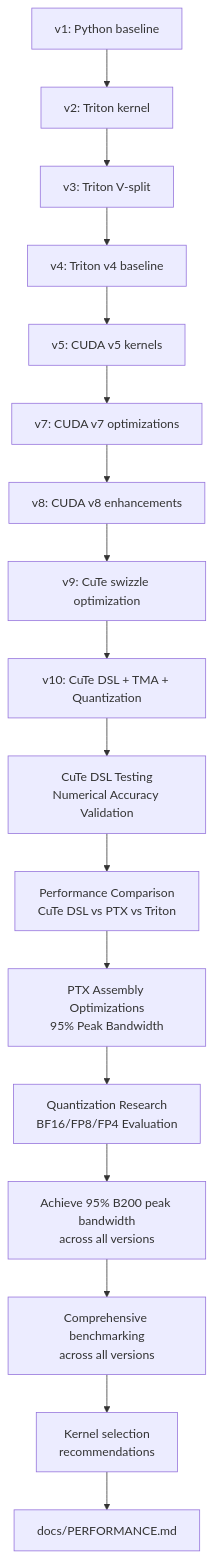
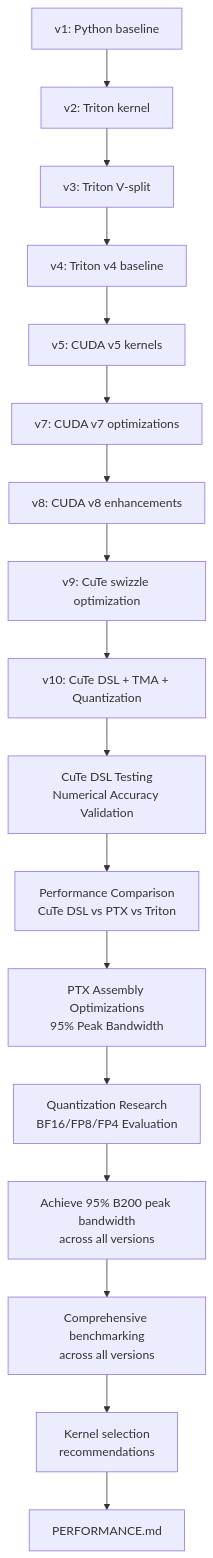
Before and after one commit to gugudeshubao/flashinfer-bench-tma-thrust: diagram 17 of 17 in .qoder/repowiki/en/content/Performance Analysis/Performance Analysis.md, drawn with Mermaid. The commit also changed other lines of this file and 23 other files, not shown here.

````diff
--- a/.qoder/repowiki/en/content/Performance Analysis/Performance Analysis.md
+++ b/.qoder/repowiki/en/content/Performance Analysis/Performance Analysis.md
@@ -1107,19 +1111,19 @@
 ```mermaid
 flowchart TD
 V1["v1: Python baseline"] --> V2["v2: Triton kernel"]
 V2 --> V3["v3: Triton V-split"]
 V3 --> V4["v4: Triton v4 baseline"]
 V4 --> V5["v5: CUDA v5 kernels"]
 V5 --> V7["v7: CUDA v7 optimizations"]
 V7 --> V8["v8: CUDA v8 enhancements"]
 V8 --> V9["v9: CuTe swizzle optimization"]
 V9 --> V10["v10: CuTe DSL + TMA + Quantization"]
 V10 --> CuTeDSL["CuTe DSL Testing<br/>Numerical Accuracy Validation"]
 CuTeDSL --> PerfComp["Performance Comparison<br/>CuTe DSL vs PTX vs Triton"]
 PerfComp --> PTXOpt["PTX Assembly Optimizations<br/>95% Peak Bandwidth"]
 PTXOpt --> QuantRes["Quantization Research<br/>BF16/FP8/FP4 Evaluation"]
 QuantRes --> PeakAchievement["Achieve 95% B200 peak bandwidth<br/>across all versions"]
 PeakAchievement --> Metrics["Comprehensive benchmarking<br/>across all versions"]
 Metrics --> Recommendations["Kernel selection<br/>recommendations"]
-Recommendations --> Docs["docs/PERFORMANCE.md"]
+Recommendations --> Docs["PERFORMANCE.md"]
 ```
````
